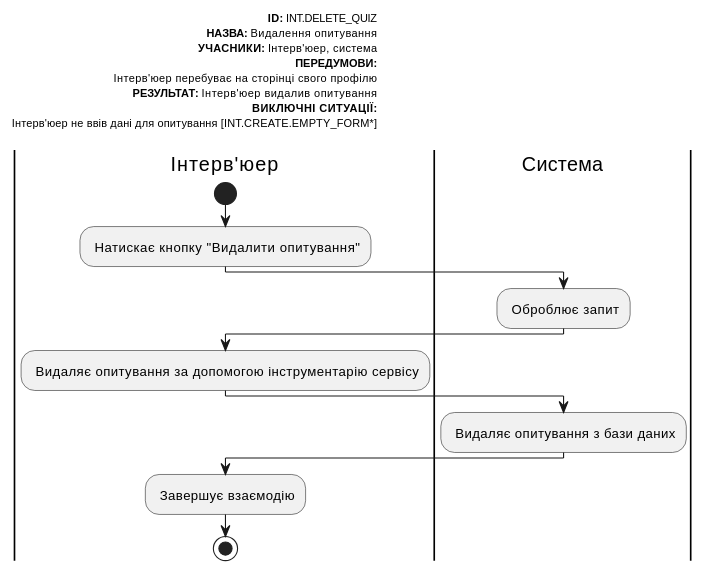
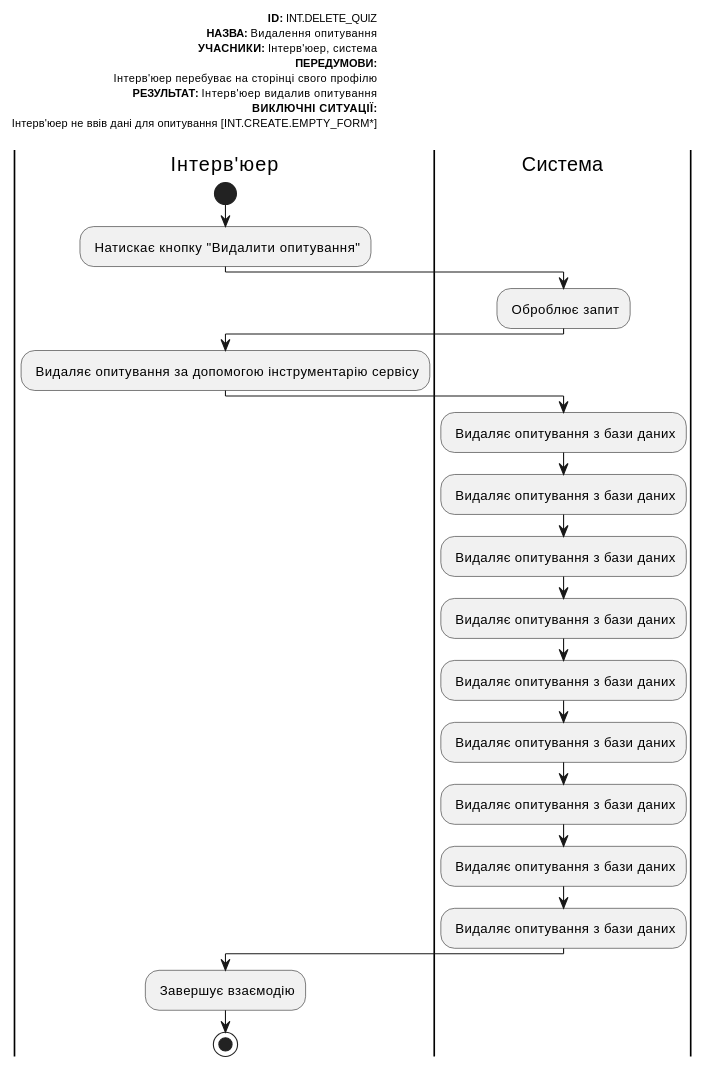
The ninth of 22 diagrams in docs/use cases/README.md (michigang1/ImForms), drawn with PlantUML before and after one commit. The commit also changed other lines of this file, not shown here.

```diff
--- a/docs/use cases/README.md
+++ b/docs/use cases/README.md
@@ -266,32 +284,38 @@
 @startuml
 left header
 <font color=000 size=10><b>ID:</b> INT.DELETE_QUIZ
 <font color=000 size=10><b>НАЗВА:</b> Видалення опитування  
 <font color=000 size=10><b>УЧАСНИКИ:</b> Інтерв'юер, система
 <font color=000 size=10><b>ПЕРЕДУМОВИ:</b>
 <font color=000 size=10> Інтерв'юер перебуває на сторінці свого профілю
-<font color=000 size=10><b>РЕЗУЛЬТАТ:</b> Інтерв'юер видалив опитування 
+<font color=000 size=10><b>РЕЗУЛЬТАТ:</b> Інтерв'юер видалив опитування
 <font color=000 size=10><b>ВИКЛЮЧНІ СИТУАЦІЇ:</b>
 <font color=000 size=10> Інтерв'юер не ввів дані для опитування [INT.CREATE.EMPTY_FORM*]
 
 end header
 
 |Інтерв'юер|
-        start
-        : Натискає кнопку "Видалити опитування";
-
-
+start
+: Натискає кнопку "Видалити опитування";
 
 |Система|
-        : Оброблює запит;
+: Оброблює запит;
 
 |Інтерв'юер|
-        : Видаляє опитування за допомогою інструментарію сервісу;
+: Видаляє опитування за допомогою інструментарію сервісу;
 
 |Система|
-        : Видаляє опитування з бази даних; 
-        
+: Видаляє опитування з бази даних;
+: Видаляє опитування з бази даних;
+: Видаляє опитування з бази даних;
+: Видаляє опитування з бази даних;
+: Видаляє опитування з бази даних;
+: Видаляє опитування з бази даних;
+: Видаляє опитування з бази даних;
+: Видаляє опитування з бази даних;
+: Видаляє опитування з бази даних;
+
 |Інтерв'юер|
-        : Завершує взаємодію;
-        stop;
+: Завершує взаємодію;
+stop;
 @enduml
```
